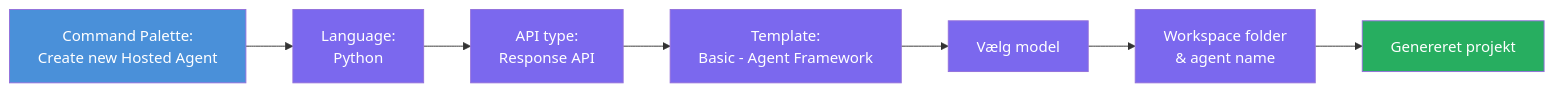
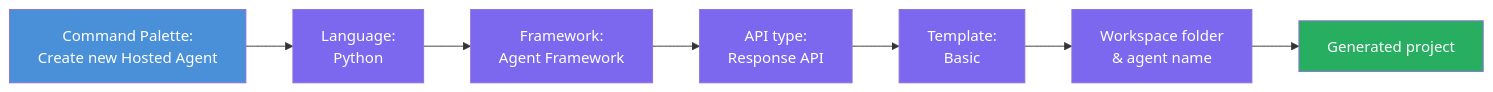
The diagram in translations/da/workshop/lab01-single-agent/docs/02-create-hosted-agent.md (microsoft-foundry/Foundry_Toolkit_for_VSCode_Lab), drawn with Mermaid before and after one commit. The commit also changed other lines of this file and 83 other files, not shown here.

````diff
--- a/translations/da/workshop/lab01-single-agent/docs/02-create-hosted-agent.md
+++ b/translations/da/workshop/lab01-single-agent/docs/02-create-hosted-agent.md
@@ -11,22 +11,23 @@
 ```mermaid
 flowchart LR
     A["Command Palette:
     Create new Hosted Agent"] --> B["Language:
     Python"]
-    B --> C["API type:
+    B --> C["Framework:
+    Agent Framework"]
+    C --> D["API type:
     Response API"]
-    C --> D["Template:
-    Basic - Agent Framework"]
-    D --> E["Vælg model"]
+    D --> E["Template:
+    Basic"]
     E --> F["Workspace folder
     & agent name"]
-    F --> G["Genereret projekt"]
+    F --> G["Generated project"]
 
     style A fill:#4A90D9,color:#fff
     style B fill:#7B68EE,color:#fff
     style C fill:#7B68EE,color:#fff
     style D fill:#7B68EE,color:#fff
     style E fill:#7B68EE,color:#fff
     style F fill:#7B68EE,color:#fff
     style G fill:#27AE60,color:#fff
 ```
````
